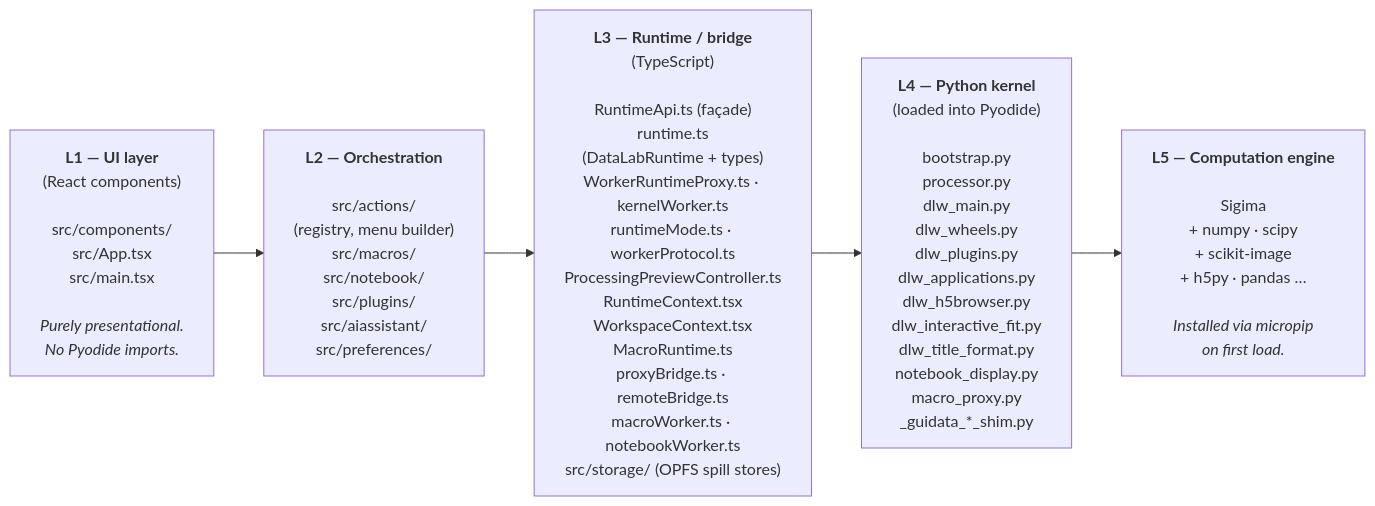
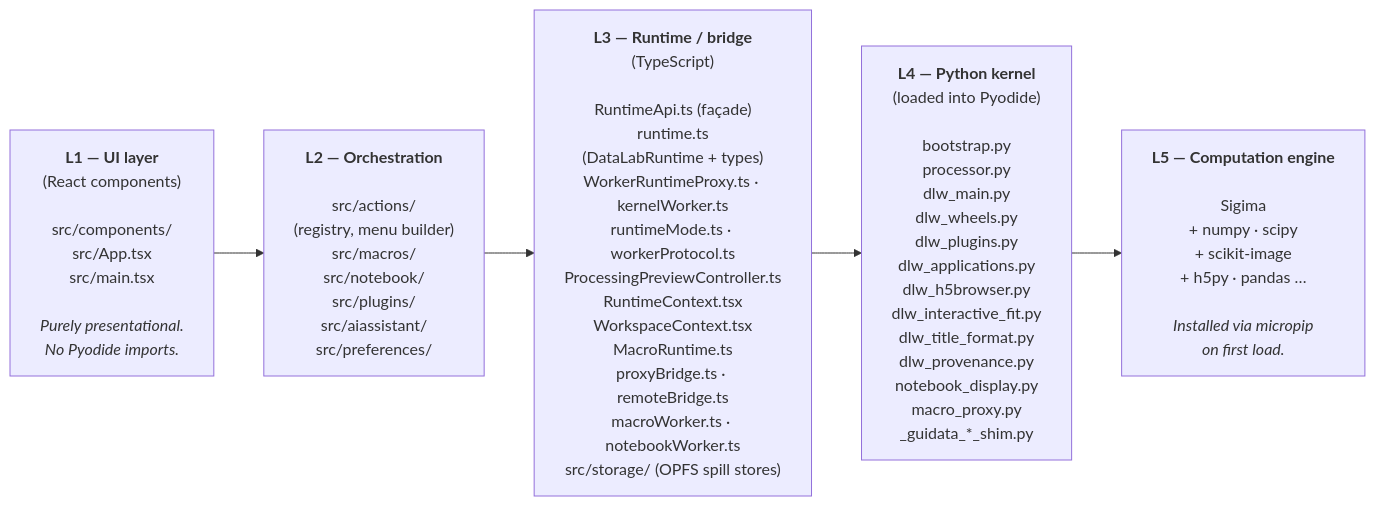
The second of 8 diagrams in doc/architecture.md (DataLab-Platform/web), drawn with Mermaid before and after one commit. The commit also changed other lines of this file and 6 other files, not shown here.

````diff
--- a/doc/architecture.md
+++ b/doc/architecture.md
@@ -88,10 +88,10 @@
 ```mermaid
 flowchart LR
     L1["<b>L1 — UI layer</b><br/>(React components)<br/><br/>src/components/<br/>src/App.tsx<br/>src/main.tsx<br/><br/><i>Purely presentational.<br/>No Pyodide imports.</i>"]
     L2["<b>L2 — Orchestration</b><br/><br/>src/actions/<br/>(registry, menu builder)<br/>src/macros/<br/>src/notebook/<br/>src/plugins/<br/>src/aiassistant/<br/>src/preferences/"]
     L3["<b>L3 — Runtime / bridge</b><br/>(TypeScript)<br/><br/>RuntimeApi.ts (façade)<br/>runtime.ts<br/>(DataLabRuntime + types)<br/>WorkerRuntimeProxy.ts · kernelWorker.ts<br/>runtimeMode.ts · workerProtocol.ts<br/>ProcessingPreviewController.ts<br/>RuntimeContext.tsx<br/>WorkspaceContext.tsx<br/>MacroRuntime.ts<br/>proxyBridge.ts · remoteBridge.ts<br/>macroWorker.ts · notebookWorker.ts<br/>src/storage/ (OPFS spill stores)"]
-    L4["<b>L4 — Python kernel</b><br/>(loaded into Pyodide)<br/><br/>bootstrap.py<br/>processor.py<br/>dlw_main.py<br/>dlw_wheels.py<br/>dlw_plugins.py<br/>dlw_applications.py<br/>dlw_h5browser.py<br/>dlw_interactive_fit.py<br/>dlw_title_format.py<br/>notebook_display.py<br/>macro_proxy.py<br/>_guidata_*_shim.py"]
+    L4["<b>L4 — Python kernel</b><br/>(loaded into Pyodide)<br/><br/>bootstrap.py<br/>processor.py<br/>dlw_main.py<br/>dlw_wheels.py<br/>dlw_plugins.py<br/>dlw_applications.py<br/>dlw_h5browser.py<br/>dlw_interactive_fit.py<br/>dlw_title_format.py<br/>dlw_provenance.py<br/>notebook_display.py<br/>macro_proxy.py<br/>_guidata_*_shim.py"]
     L5["<b>L5 — Computation engine</b><br/><br/>Sigima<br/>+ numpy · scipy<br/>+ scikit-image<br/>+ h5py · pandas …<br/><br/><i>Installed via micropip<br/>on first load.</i>"]
 
     L1 --> L2 --> L3 --> L4 --> L5
 ```
````
